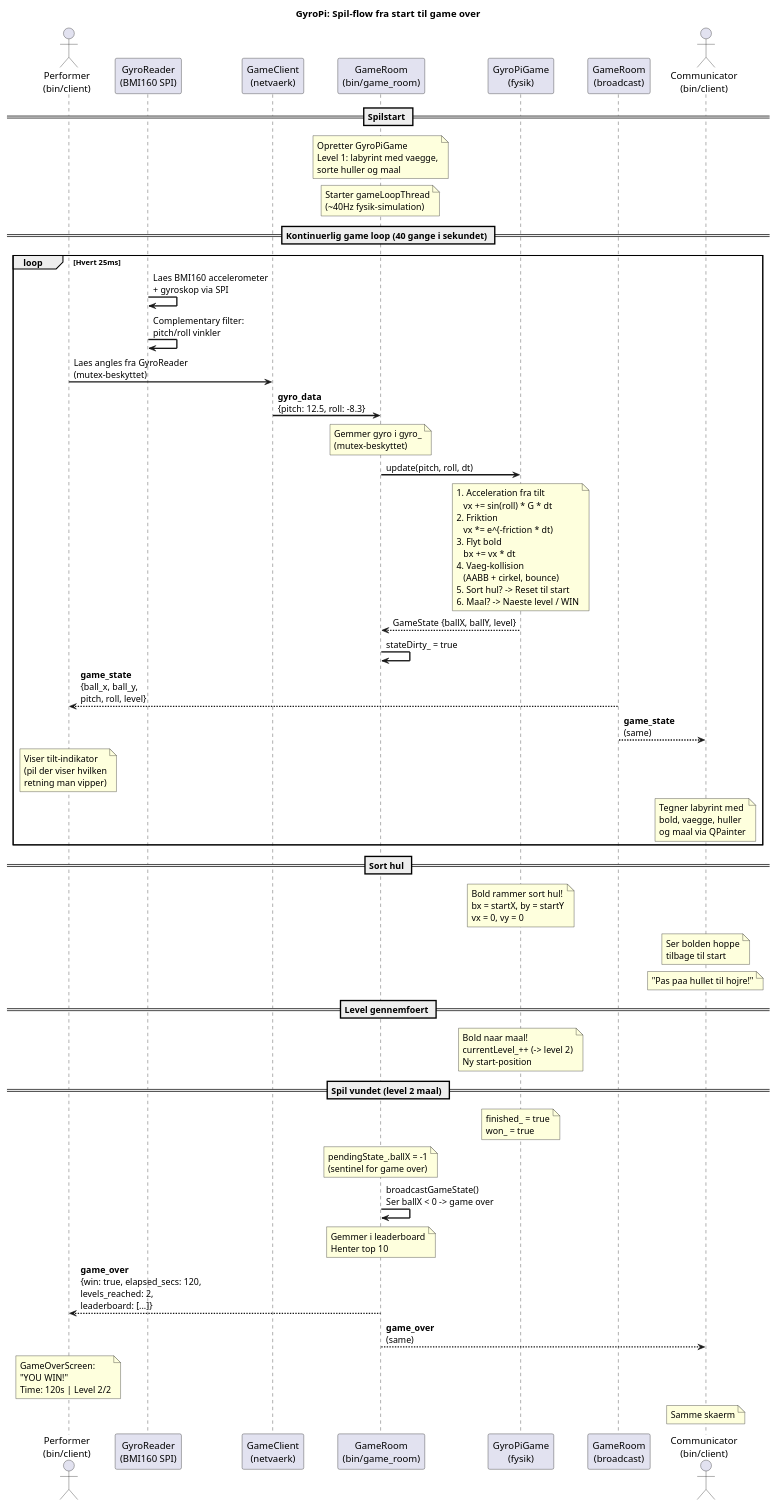
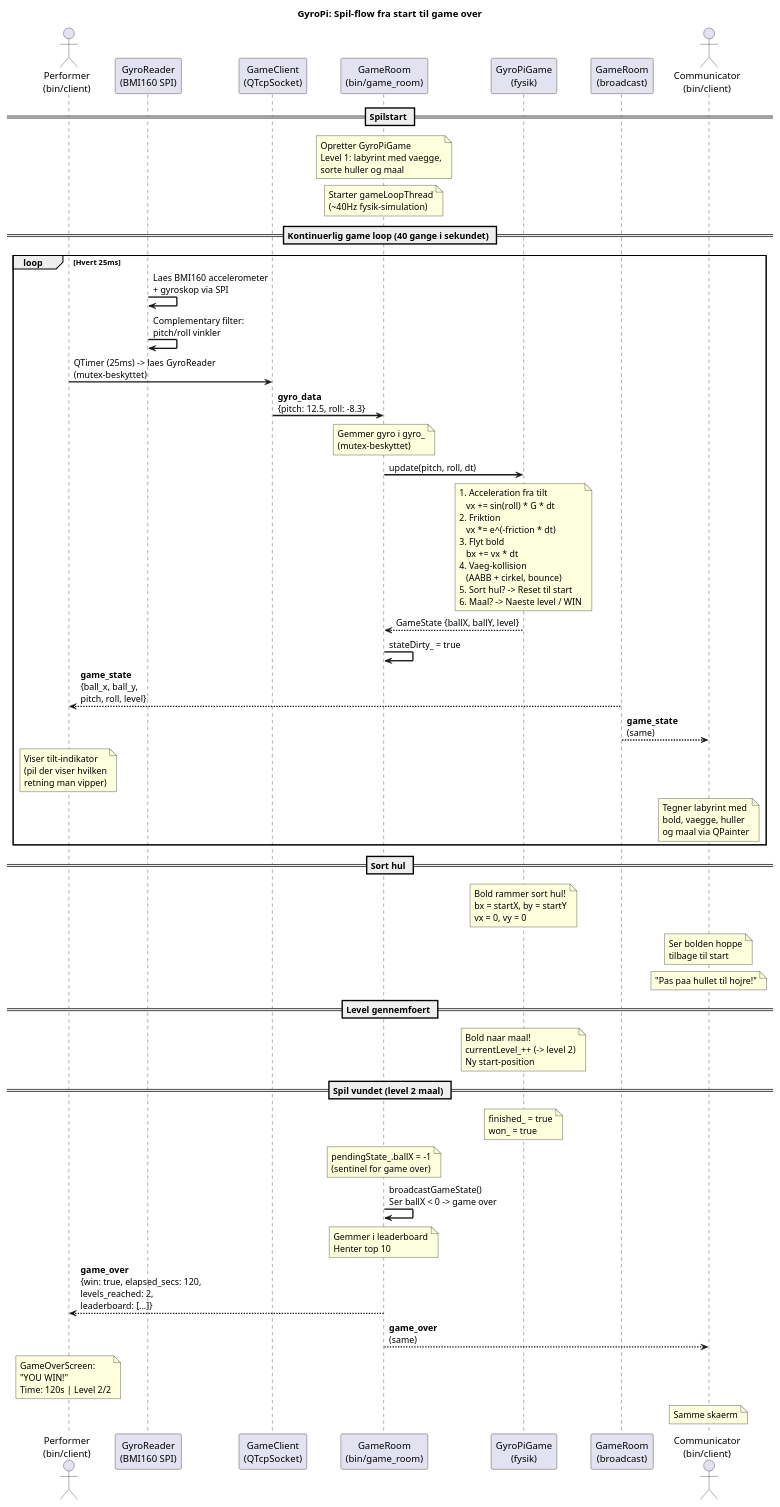
The diagram in rppi/docs/sequence-gyropi.puml (MaltheWinther/ClaudeCode), drawn with PlantUML before and after one commit. The commit also changed 14 other files, not shown here.

First line of the commit message:
Update docs and diagrams for Qt Network migration, add system sequence diagram

```diff
--- a/rppi/docs/sequence-gyropi.puml
+++ b/rppi/docs/sequence-gyropi.puml
@@ -1,68 +1,68 @@
 @startuml GyroPi Game Flow
 
 title GyroPi: Spil-flow fra start til game over
 
 skinparam sequenceArrowThickness 2
 skinparam participantPadding 20
 
 actor "Performer\n(bin/client)" as P
 participant "GyroReader\n(BMI160 SPI)" as GYRO
-participant "GameClient\n(netvaerk)" as GC
+participant "GameClient\n(QTcpSocket)" as GC
 participant "GameRoom\n(bin/game_room)" as GR
 participant "GyroPiGame\n(fysik)" as GP
 participant "GameRoom\n(broadcast)" as GRB
 actor "Communicator\n(bin/client)" as C
 
 == Spilstart ==
 note over GR: Opretter GyroPiGame\nLevel 1: labyrint med vaegge,\nsorte huller og maal
 note over GR: Starter gameLoopThread\n(~40Hz fysik-simulation)
 
 == Kontinuerlig game loop (40 gange i sekundet) ==
 
 loop Hvert 25ms
 
   GYRO -> GYRO: Laes BMI160 accelerometer\n+ gyroskop via SPI
   GYRO -> GYRO: Complementary filter:\npitch/roll vinkler
 
-  P -> GC: Laes angles fra GyroReader\n(mutex-beskyttet)
+  P -> GC: QTimer (25ms) -> laes GyroReader\n(mutex-beskyttet)
   GC -> GR: **gyro_data**\n{pitch: 12.5, roll: -8.3}
 
   note over GR: Gemmer gyro i gyro_\n(mutex-beskyttet)
 
   GR -> GP: update(pitch, roll, dt)
   note over GP: 1. Acceleration fra tilt\n   vx += sin(roll) * G * dt\n2. Friktion\n   vx *= e^(-friction * dt)\n3. Flyt bold\n   bx += vx * dt\n4. Vaeg-kollision\n   (AABB + cirkel, bounce)\n5. Sort hul? -> Reset til start\n6. Maal? -> Naeste level / WIN
 
   GP --> GR: GameState {ballX, ballY, level}
   GR -> GR: stateDirty_ = true
 
   GRB --> P: **game_state**\n{ball_x, ball_y,\npitch, roll, level}
   GRB --> C: **game_state**\n(same)
 
   note over P: Viser tilt-indikator\n(pil der viser hvilken\nretning man vipper)
   note over C: Tegner labyrint med\nbold, vaegge, huller\nog maal via QPainter
 
 end
 
 == Sort hul ==
 note over GP: Bold rammer sort hul!\nbx = startX, by = startY\nvx = 0, vy = 0
 note over C: Ser bolden hoppe\ntilbage til start
 note over C: "Pas paa hullet til hojre!"
 
 == Level gennemfoert ==
 note over GP: Bold naar maal!\ncurrentLevel_++ (-> level 2)\nNy start-position
 
 == Spil vundet (level 2 maal) ==
 note over GP: finished_ = true\nwon_ = true
 note over GR: pendingState_.ballX = -1\n(sentinel for game over)
 
 GR -> GR: broadcastGameState()\nSer ballX < 0 -> game over
 
 note over GR: Gemmer i leaderboard\nHenter top 10
 
 GR --> P: **game_over**\n{win: true, elapsed_secs: 120,\nlevels_reached: 2,\nleaderboard: [...]}
 GR --> C: **game_over**\n(same)
 
 note over P: GameOverScreen:\n"YOU WIN!"\nTime: 120s | Level 2/2
 note over C: Samme skaerm
 
 @enduml
```
